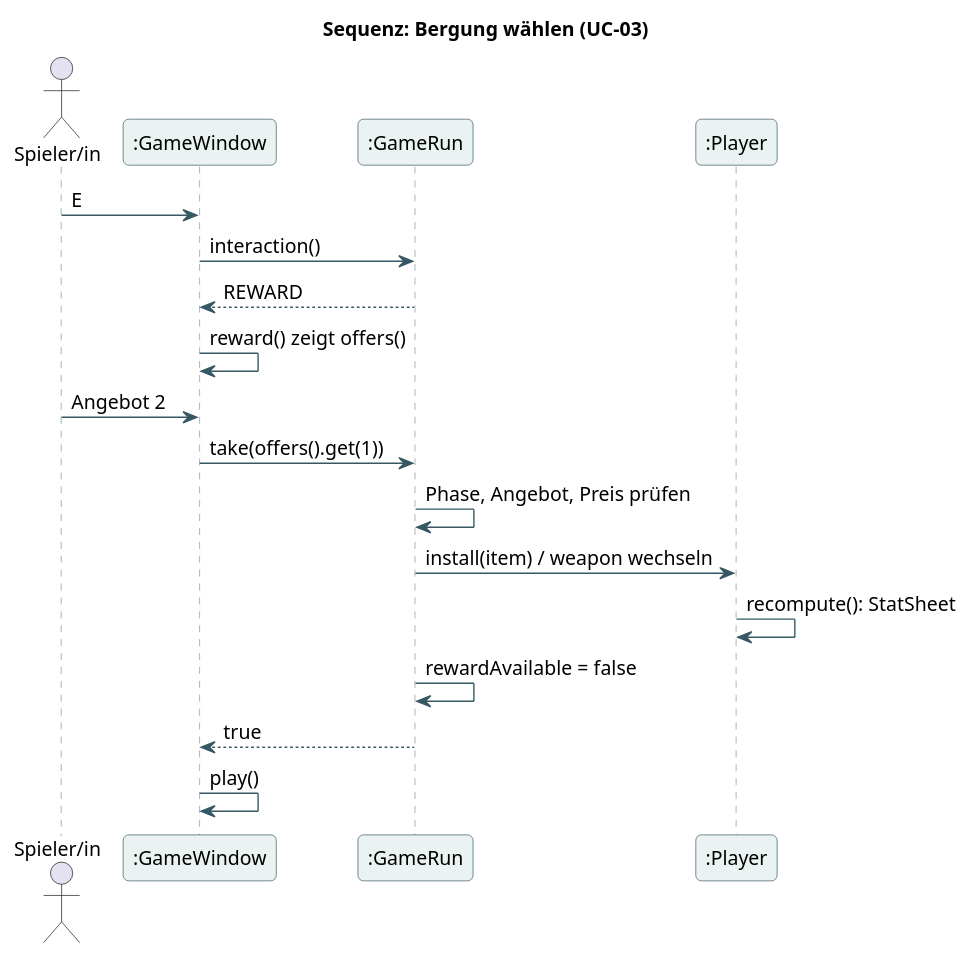
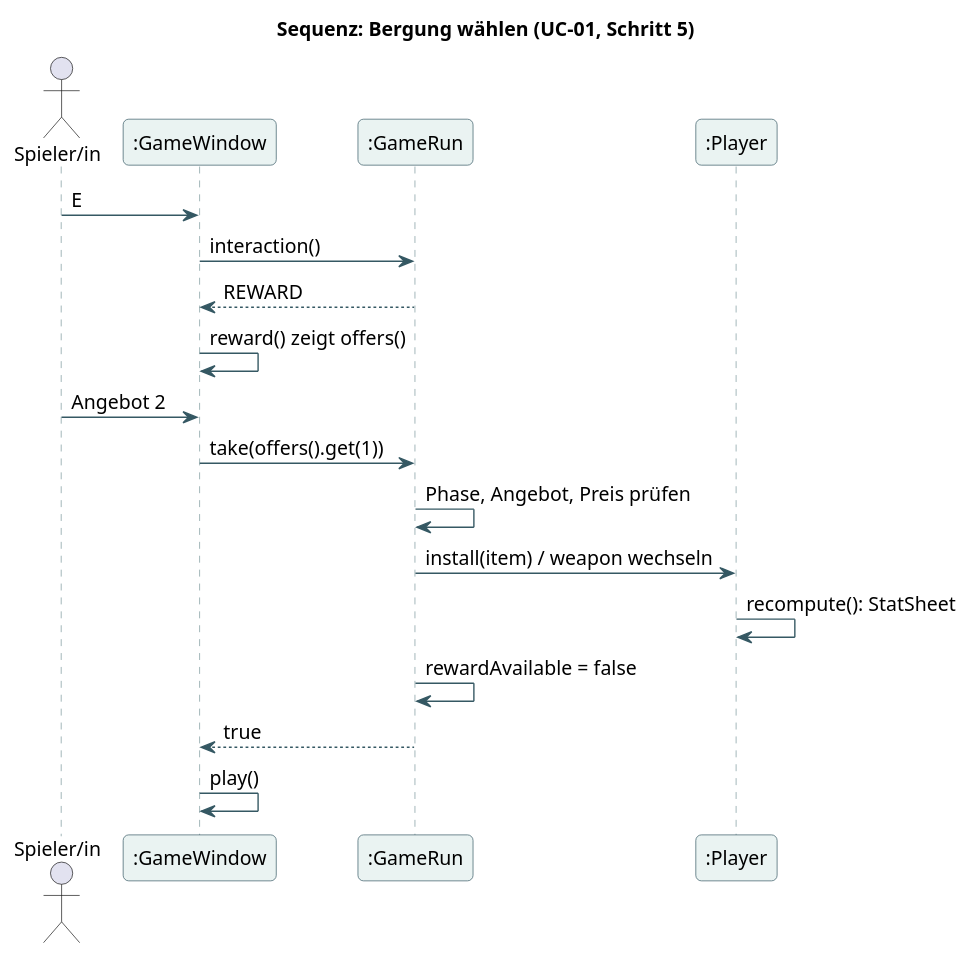
The diagram in docs/diagrams/08-reward-sequence.puml (bassdav2/abyss), drawn with PlantUML before and after one commit. The commit also changed 168 other files, not shown here.

```diff
--- a/docs/diagrams/08-reward-sequence.puml
+++ b/docs/diagrams/08-reward-sequence.puml
@@ -1,38 +1,38 @@
 @startuml
 skinparam backgroundColor #FFFFFF
 skinparam defaultFontName Arial
 skinparam defaultFontSize 14
 skinparam shadowing false
 skinparam roundcorner 8
 skinparam ArrowColor #355863
 skinparam classBackgroundColor #EAF3F2
 skinparam classBorderColor #355863
 skinparam participantBackgroundColor #EAF3F2
 skinparam participantBorderColor #355863
 skinparam sequenceLifeLineBorderColor #7A979C
 skinparam noteBackgroundColor #FFF2DA
 skinparam noteBorderColor #D8AA64
 skinparam packageBackgroundColor #F5F8F7
 skinparam packageBorderColor #6E8B91
 skinparam stateBackgroundColor #EAF3F2
 skinparam stateBorderColor #355863
 hide empty members
-title Sequenz: Bergung wählen (UC-03)
+title Sequenz: Bergung wählen (UC-01, Schritt 5)
 actor "Spieler/in" as P
 participant ":GameWindow" as W
 participant ":GameRun" as R
 participant ":Player" as Pl
 P -> W : E
 W -> R : interaction()
 R --> W : REWARD
 W -> W : reward() zeigt offers()
 P -> W : Angebot 2
 W -> R : take(offers().get(1))
 R -> R : Phase, Angebot, Preis prüfen
 R -> Pl : install(item) / weapon wechseln
 Pl -> Pl : recompute(): StatSheet
 R -> R : rewardAvailable = false
 R --> W : true
 W -> W : play()
 
 @enduml
```
